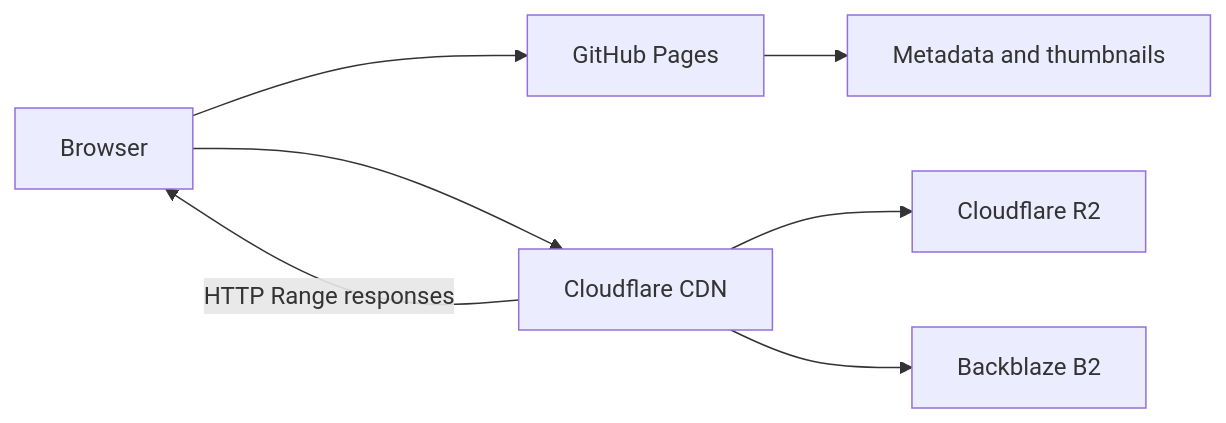
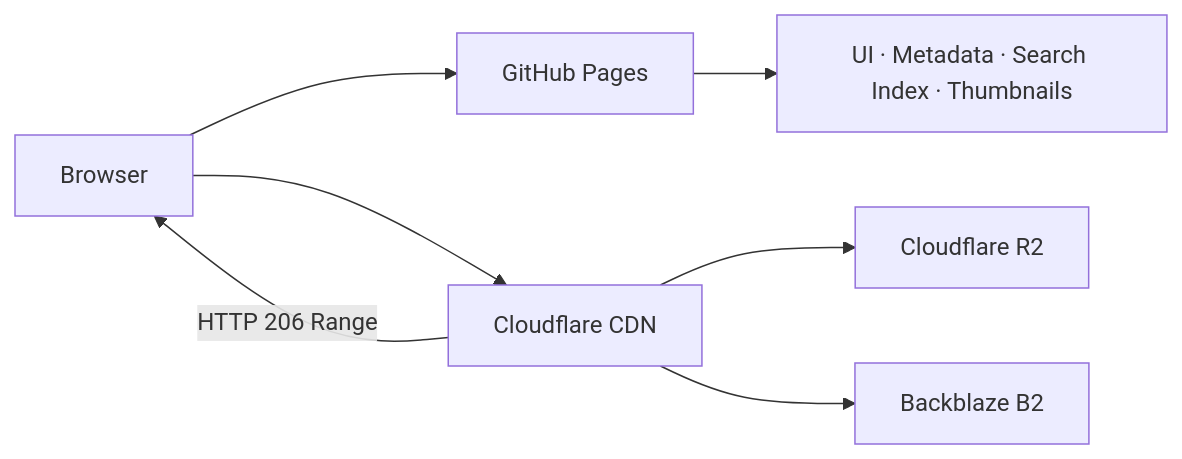
One commit to oosuhada/source-archive changed the diagram in README.md. Above: the diagram before and after it, drawn with Mermaid. The commit also changed other lines of this file, not shown here.

Commit message:
docs(readme): document bilingual architecture story

````diff
--- a/README.md
+++ b/README.md
@@ -29,9 +62,9 @@
 ```mermaid
 flowchart LR
     U[Browser] --> P[GitHub Pages]
-    P --> M[Metadata and thumbnails]
+    P --> M[UI · Metadata · Search Index · Thumbnails]
     U --> C[Cloudflare CDN]
     C --> R[Cloudflare R2]
     C --> B[Backblaze B2]
-    C -->|HTTP Range responses| U
+    C -->|HTTP 206 Range| U
 ```
````
